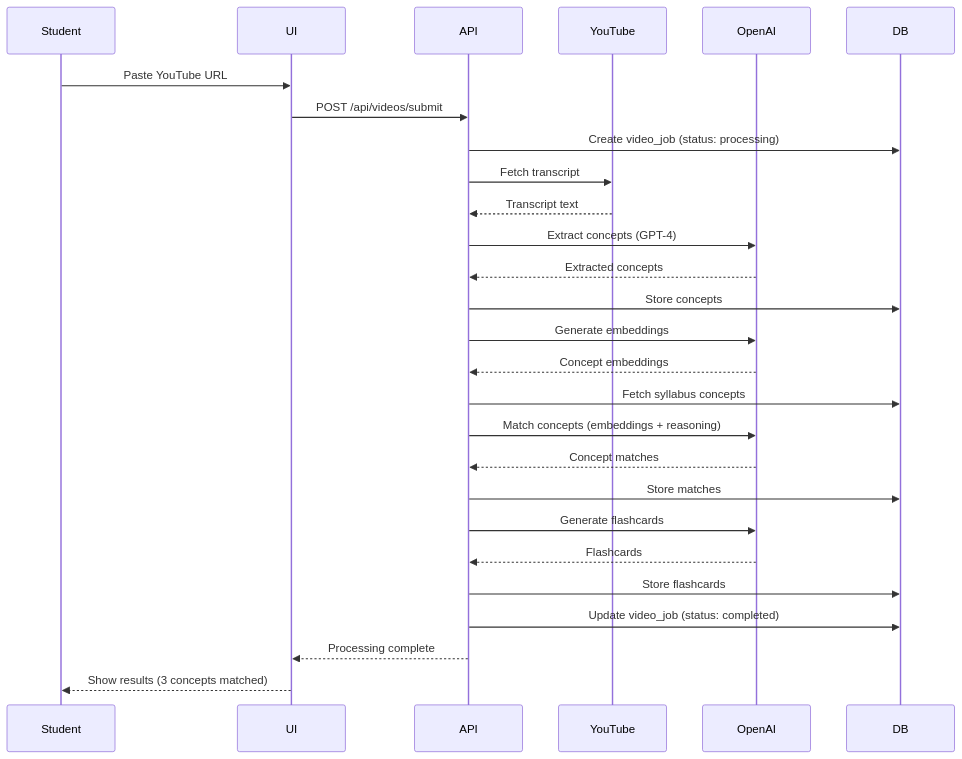
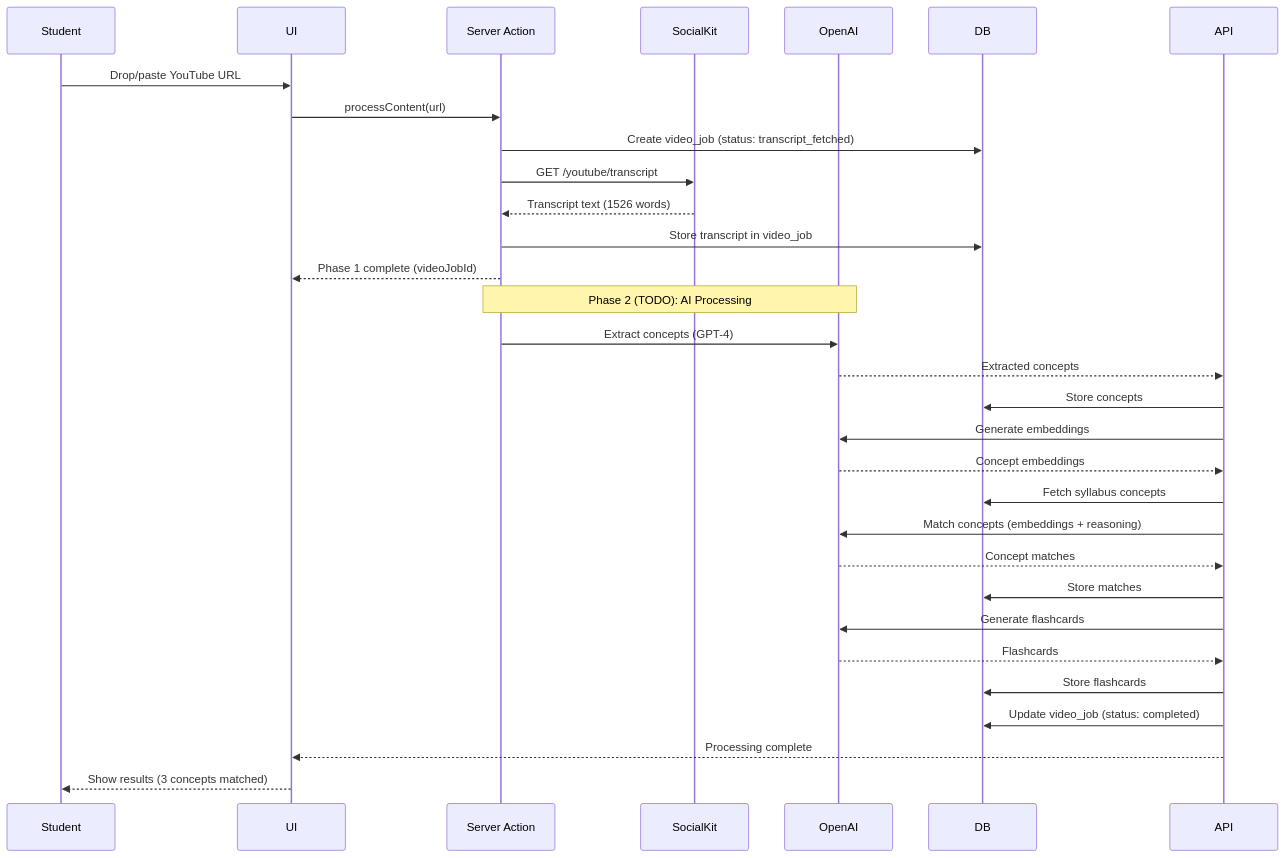
One commit to hugoganet/hack_the_gap changed the third of 3 diagrams in documentation_starter_pack/docs/architecture.md. Above: the diagram before and after it, drawn with Mermaid. The commit also changed other lines of this file and 18 other files, not shown here.

First line of the commit message:
feat(video-processing): implement transcript storage (Phase 1 of US-0002)

````diff
--- a/documentation_starter_pack/docs/architecture.md
+++ b/documentation_starter_pack/docs/architecture.md
@@ -179,30 +179,34 @@
 ```mermaid
 sequenceDiagram
     participant Student
     participant UI
-    participant API
-    participant YouTube
+    participant SA as Server Action
+    participant SocialKit
     participant OpenAI
     participant DB
     
-    Student->>UI: Paste YouTube URL
-    UI->>API: POST /api/videos/submit
-    API->>DB: Create video_job (status: processing)
-    API->>YouTube: Fetch transcript
-    YouTube-->>API: Transcript text
-    API->>OpenAI: Extract concepts (GPT-4)
+    Student->>UI: Drop/paste YouTube URL
+    UI->>SA: processContent(url)
+    SA->>DB: Create video_job (status: transcript_fetched)
+    SA->>SocialKit: GET /youtube/transcript
+    SocialKit-->>SA: Transcript text (1526 words)
+    SA->>DB: Store transcript in video_job
+    SA-->>UI: Phase 1 complete (videoJobId)
+    
+    Note over SA,OpenAI: Phase 2 (TODO): AI Processing
+    SA->>OpenAI: Extract concepts (GPT-4)
     OpenAI-->>API: Extracted concepts
     API->>DB: Store concepts
     API->>OpenAI: Generate embeddings
     OpenAI-->>API: Concept embeddings
     API->>DB: Fetch syllabus concepts
     API->>OpenAI: Match concepts (embeddings + reasoning)
     OpenAI-->>API: Concept matches
     API->>DB: Store matches
     API->>OpenAI: Generate flashcards
     OpenAI-->>API: Flashcards
     API->>DB: Store flashcards
     API->>DB: Update video_job (status: completed)
     API-->>UI: Processing complete
     UI-->>Student: Show results (3 concepts matched)
 ```
````
